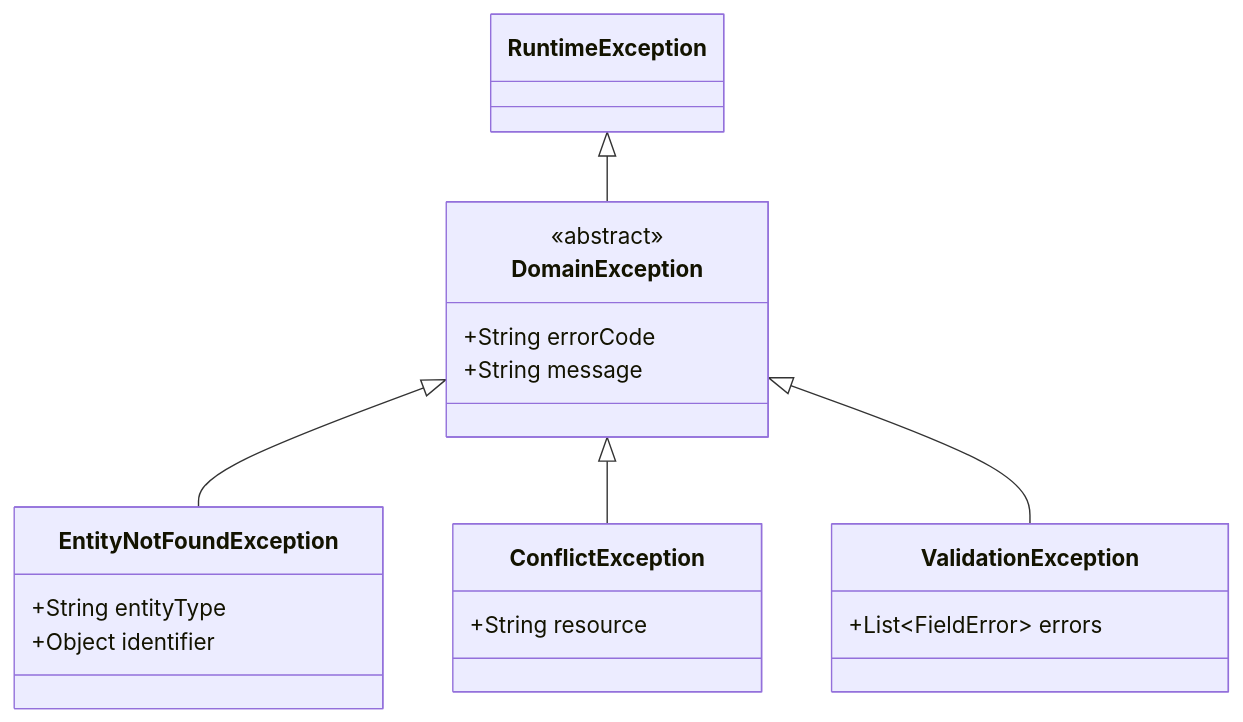
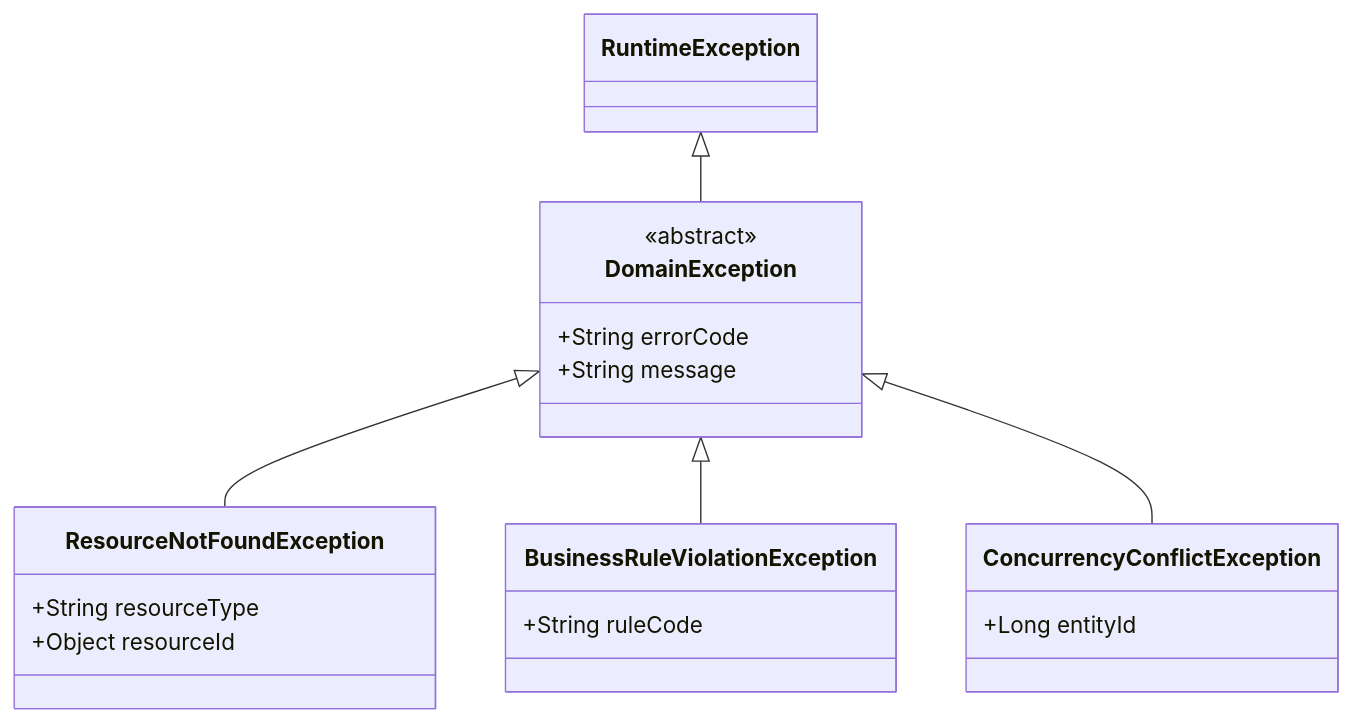
Before and after one commit to weaponxwolf/backend-engineering-mastry: the fifth of 5 diagrams in docs/java/collections-exceptions.mdx, drawn with Mermaid. The commit also changed other lines of this file and 15 other files, not shown here.

````diff
--- a/docs/java/collections-exceptions.mdx
+++ b/docs/java/collections-exceptions.mdx
@@ -225,23 +344,23 @@
 ```mermaid
 classDiagram
     class DomainException {
         <<abstract>>
         +String errorCode
         +String message
     }
-    class EntityNotFoundException {
-        +String entityType
-        +Object identifier
+    class ResourceNotFoundException {
+        +String resourceType
+        +Object resourceId
     }
-    class ConflictException {
-        +String resource
+    class BusinessRuleViolationException {
+        +String ruleCode
     }
-    class ValidationException {
-        +List~FieldError~ errors
+    class ConcurrencyConflictException {
+        +Long entityId
     }
 
-    DomainException <|-- EntityNotFoundException
-    DomainException <|-- ConflictException
-    DomainException <|-- ValidationException
+    DomainException <|-- ResourceNotFoundException
+    DomainException <|-- BusinessRuleViolationException
+    DomainException <|-- ConcurrencyConflictException
     RuntimeException <|-- DomainException
 ```
````
